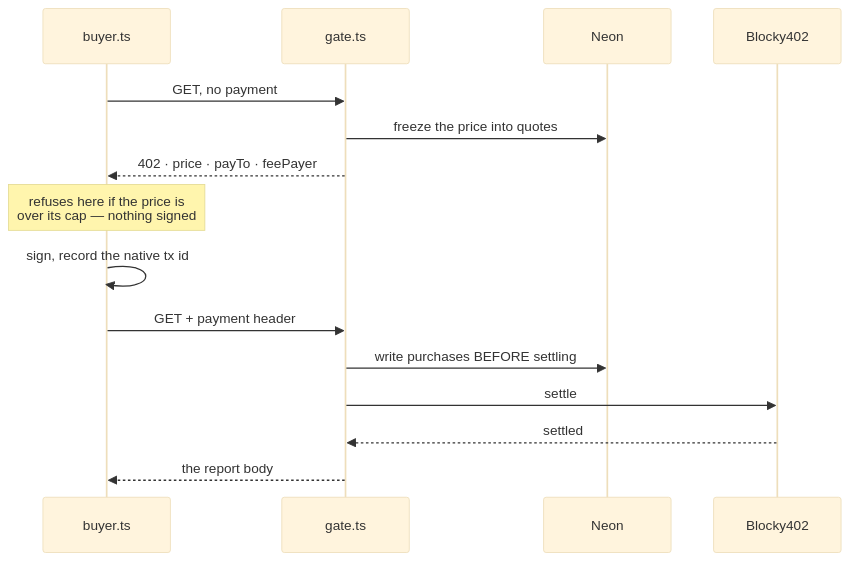
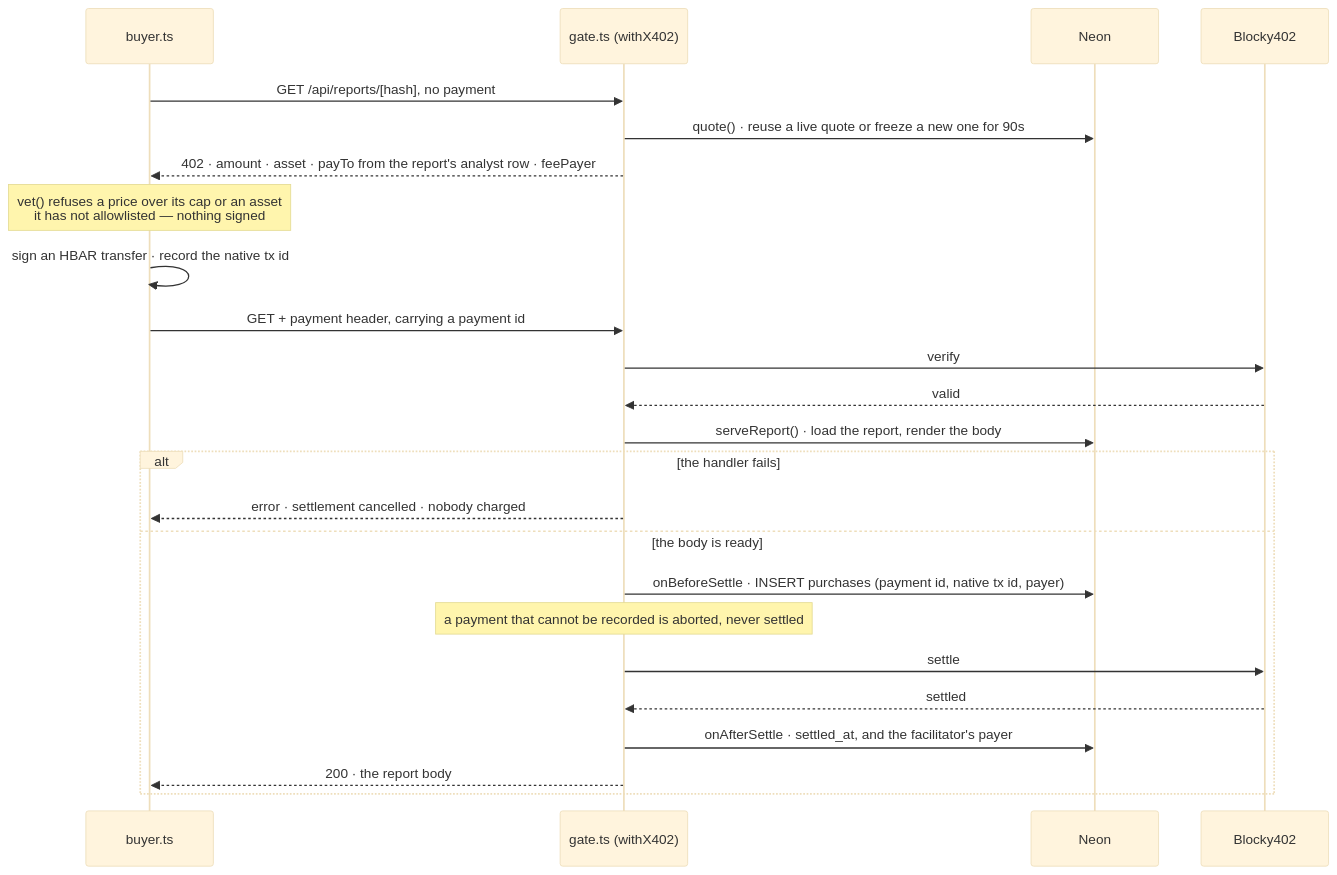
Before and after one commit to DhruPtel/ETHonline-2026-Alpha-Markets: the diagram in src/payments/README.md, drawn with Mermaid (base theme). The commit also changed other lines of this file and 116 other files, not shown here.

````diff
--- a/src/payments/README.md
+++ b/src/payments/README.md
@@ -19,18 +19,27 @@
 ```mermaid
 sequenceDiagram
   participant B as buyer.ts
-  participant G as gate.ts
+  participant G as gate.ts (withX402)
   participant D as Neon
   participant F as Blocky402
 
-  B->>G: GET, no payment
-  G->>D: freeze the price into quotes
-  G-->>B: 402 · price · payTo · feePayer
-  Note over B: refuses here if the price is<br/>over its cap — nothing signed
-  B->>B: sign, record the native tx id
-  B->>G: GET + payment header
-  G->>D: write purchases BEFORE settling
-  G->>F: settle
-  F-->>G: settled
-  G-->>B: the report body
+  B->>G: GET /api/reports/[hash], no payment
+  G->>D: quote() · reuse a live quote or freeze a new one for 90s
+  G-->>B: 402 · amount · asset · payTo from the report's analyst row · feePayer
+  Note over B: vet() refuses a price over its cap or an asset<br/>it has not allowlisted — nothing signed
+  B->>B: sign an HBAR transfer · record the native tx id
+  B->>G: GET + payment header, carrying a payment id
+  G->>F: verify
+  F-->>G: valid
+  G->>D: serveReport() · load the report, render the body
+  alt the handler fails
+    G-->>B: error · settlement cancelled · nobody charged
+  else the body is ready
+    G->>D: onBeforeSettle · INSERT purchases (payment id, native tx id, payer)
+    Note over G: a payment that cannot be recorded is aborted, never settled
+    G->>F: settle
+    F-->>G: settled
+    G->>D: onAfterSettle · settled_at, and the facilitator's payer
+    G-->>B: 200 · the report body
+  end
 ```
````
